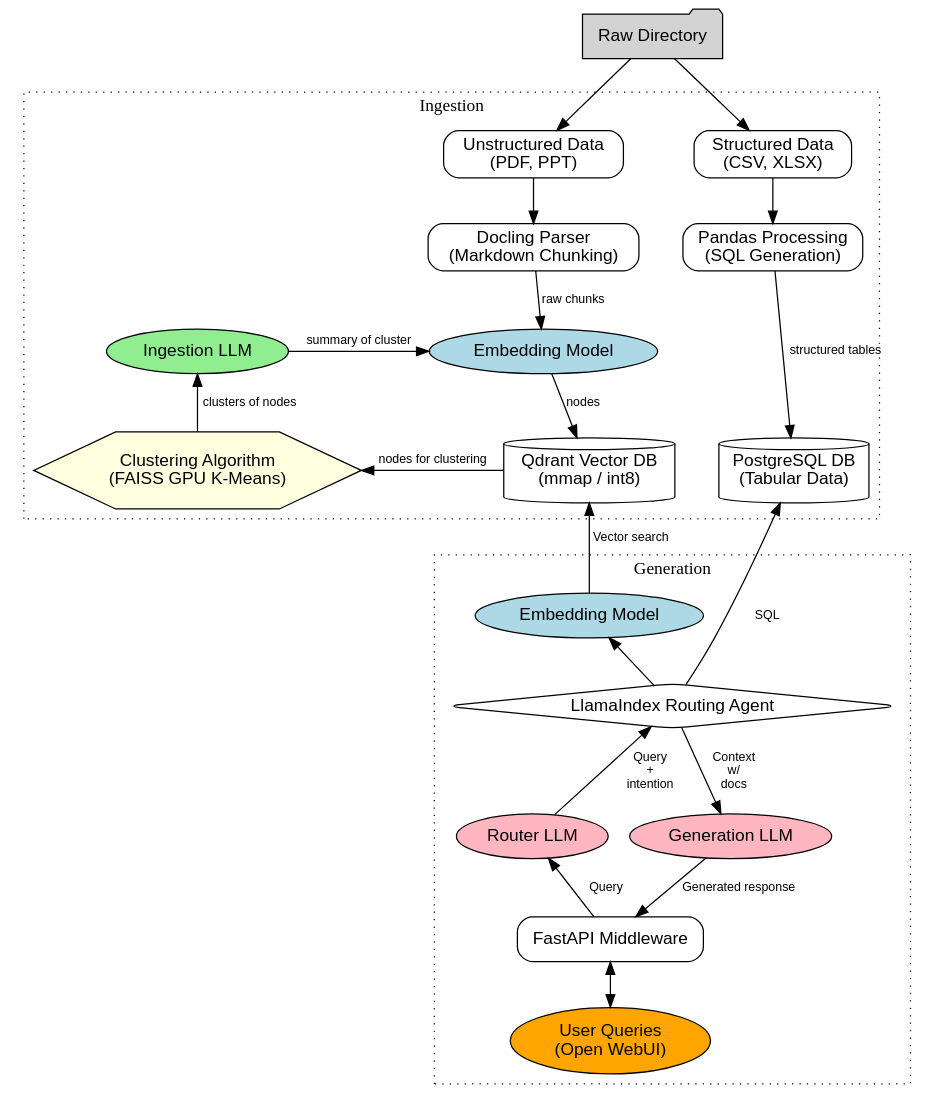
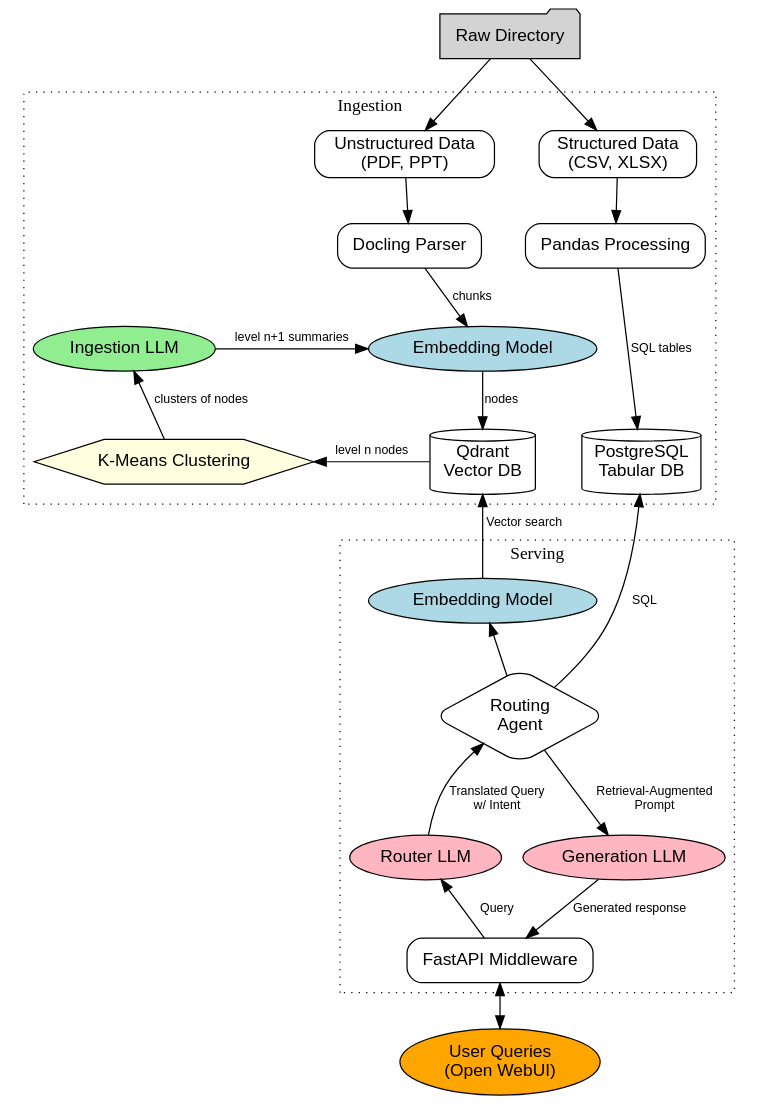
Before and after one commit to QRB-Labs/angol: the diagram in angol-architecture.dot, drawn with Graphviz. The commit also changed 3 other files, not shown here.

```diff
--- a/angol-architecture.dot
+++ b/angol-architecture.dot
@@ -1,114 +1,112 @@
 digraph AngolEnterpriseAI {
     rankdir=TB;
     node [fontname="Helvetica", shape=box, style=rounded];
     edge [fontname="Helvetica", fontsize=10];
 
     // Top: Raw Data Start
     RawDir [label="Raw Directory", shape=folder, style=filled, fillcolor=lightgrey];
 
     subgraph cluster_pipeline {
 	label = "Ingestion";
 	style = dotted;
 
 	// Data Classification Level
 	{
 	    rank=same;
 	    // Forcing order: Unstructured (Left) -> Structured (Right)
 	    Unstructured [label="Unstructured Data\n(PDF, PPT)"];
 	    Structured [label="Structured Data\n(CSV, XLSX)"];
 	    Unstructured -> Structured [style=invis];
 	}
 
 	// Parsing Level
 	{
 	    rank=same;
-	    Docling [label="Docling Parser\n(Markdown Chunking)"];
-	    Pandas [label="Pandas Processing\n(SQL Generation)"];
+	    Docling [label="Docling Parser"];
+	    Pandas [label="Pandas Processing"];
 	    Docling -> Pandas [style=invis];
 	}
 
 	// Embed Level (Vertically between Parsing and DBs)
 	{
 	    rank=same;
 	    // Forcing order: IngestLLM (Far Left) -> EmbedModel (Middle)
 	    IngestLLM [label="Ingestion LLM", shape=ellipse, style=filled, fillcolor=lightgreen];
 	    IngestEmbedModel [label="Embedding Model", shape=ellipse, style=filled, fillcolor=lightblue];
 	    IngestLLM -> IngestEmbedModel [style=invis];
 	}
 
 	// Storage & Clustering Level
 	{
 	    rank=same;
 	    // Forcing order: FAISS (Far Left) -> Qdrant (Middle) -> Postgres (Right)
-	    FAISS [label="Clustering Algorithm\n(FAISS GPU K-Means)", shape=hexagon, style=filled, fillcolor=lightyellow];
-	    Qdrant [label="Qdrant Vector DB\n(mmap / int8)", shape=cylinder];
-	    Postgres [label="PostgreSQL DB\n(Tabular Data)", shape=cylinder];
+	    FAISS [label="K-Means Clustering", shape=hexagon, style=filled, fillcolor=lightyellow];
+	    Qdrant [label="Qdrant\nVector DB", shape=cylinder];
+	    Postgres [label="PostgreSQL\nTabular DB", shape=cylinder];
 	    FAISS -> Qdrant -> Postgres [style=invis];
 	}
     }
 
     subgraph cluster_generation {
-	label = "Generation";
+	label = "Serving";
 	style = dotted;
 
-	Router [label="LlamaIndex Routing Agent", shape=diamond];
+	Router [label="Routing\nAgent", shape=diamond];
 	ServeEmbedModel [label="Embedding Model", shape=ellipse, style=filled, fillcolor=lightblue];
 
 	{
 	   rank=same;
 	   // GenLLM ordered before FastAPI so it gets rendered higher up
 	   RouterLLM [label="Router LLM", shape=ellipse, style=filled, fillcolor=lightpink];
 	    GenLLM [label="Generation LLM", shape=ellipse, style=filled, fillcolor=lightpink];
 	 }
 	FastAPI [label="FastAPI Middleware"];
-
-	UserQuery [label="User Queries\n(Open WebUI)", shape=oval, style=filled, fillcolor=orange];
     }
-
+    UserQuery [label="User Queries\n(Open WebUI)", shape=oval, style=filled, fillcolor=orange];
 
     // --- EDGES & FLOW ---
 
     // 1. Initial Splits
     RawDir -> Unstructured;
     RawDir -> Structured;
 
     // 2. The Structured Path (Right Side Vertical Spine)
     Structured -> Pandas [weight=10];
-    Pandas -> Postgres [weight=10, label="structured tables"];
+    Pandas -> Postgres [weight=10, label="SQL tables"];
 
     // 3. The Unstructured Path (Middle Strict Vertical Spine)
     Unstructured -> Docling [weight=10];
-    Docling -> IngestEmbedModel [weight=10, label="raw chunks"];
+    Docling -> IngestEmbedModel [weight=10, label="chunks"];
     IngestEmbedModel -> Qdrant [weight=10, label="nodes"];
 
     // 4. The RAPTOR Loop (Far Left Spine)
     // We use dir=back to draw the arrow from Qdrant to FAISS while ensuring FAISS stays left
-    FAISS -> Qdrant [dir=back, label="nodes for clustering"];
+    FAISS -> Qdrant [dir=back, label="level n nodes"];
 
     // IngestLLM stays straight above FAISS
     IngestLLM -> FAISS [dir=back, weight=10, label="clusters of nodes"];
 
     // Feeds horizontally from IngestLLM (Left) to Embed Model (Middle)
-    IngestLLM -> IngestEmbedModel [label="summary of cluster"];
+    IngestLLM -> IngestEmbedModel [label="level n+1 summaries"];
 
 
     // --- SERVING & GENERATION ---
 
     // 5. DBs pass context down to the Router
     Postgres -> Router [dir=back, label="SQL"];
     Qdrant -> ServeEmbedModel [dir=back, weight=10, label="Vector search"];
 
     // Router embedding call (separate copy for serving)
     ServeEmbedModel -> Router [dir=back];
 
     // 6. Router to GenLLM
-    Router -> RouterLLM [dir=back, weight=10, label="Query\n+\nintention"];
-    Router -> GenLLM [dir=forward, weight=10, label="Context\nw/\ndocs"];
+    Router -> RouterLLM [dir=back, weight=10, label="Translated Query\nw/ Intent"];
+    Router -> GenLLM [dir=forward, weight=10, label="Retrieval-Augmented\nPrompt"];
 
     // 7. Generation LLM to Middleware (Structuring it GenLLM->FastAPI forces FastAPI below)
     RouterLLM -> FastAPI [dir=back, weight=10, label="Query	"];
     GenLLM -> FastAPI [dir=forward, weight=10, label="Generated response"];
 
     // 8. Middleware to User (Bottom Vertical Spine)
     FastAPI -> UserQuery [dir=both, weight=10]
 }
```
